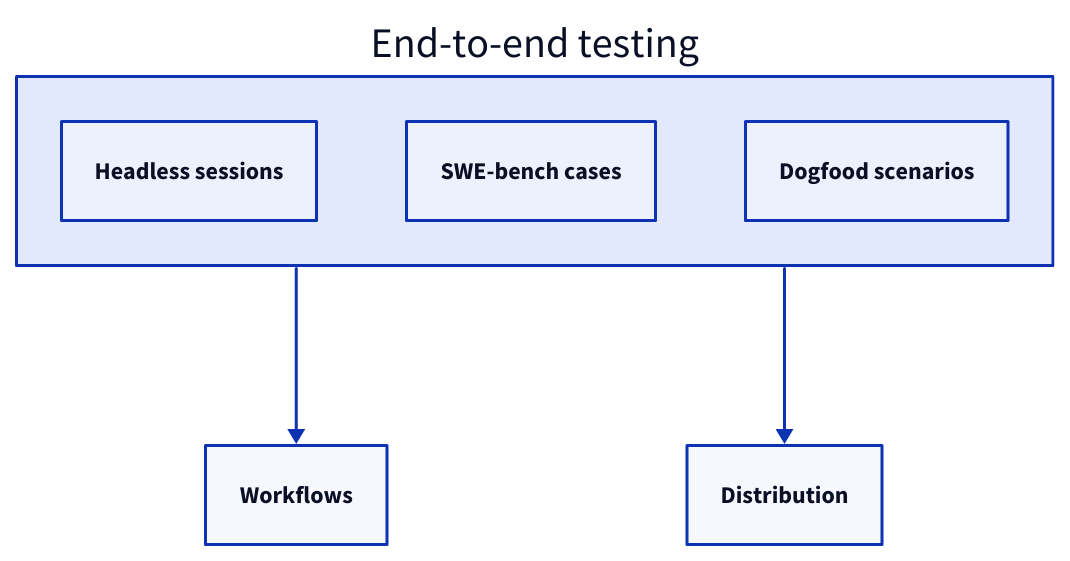
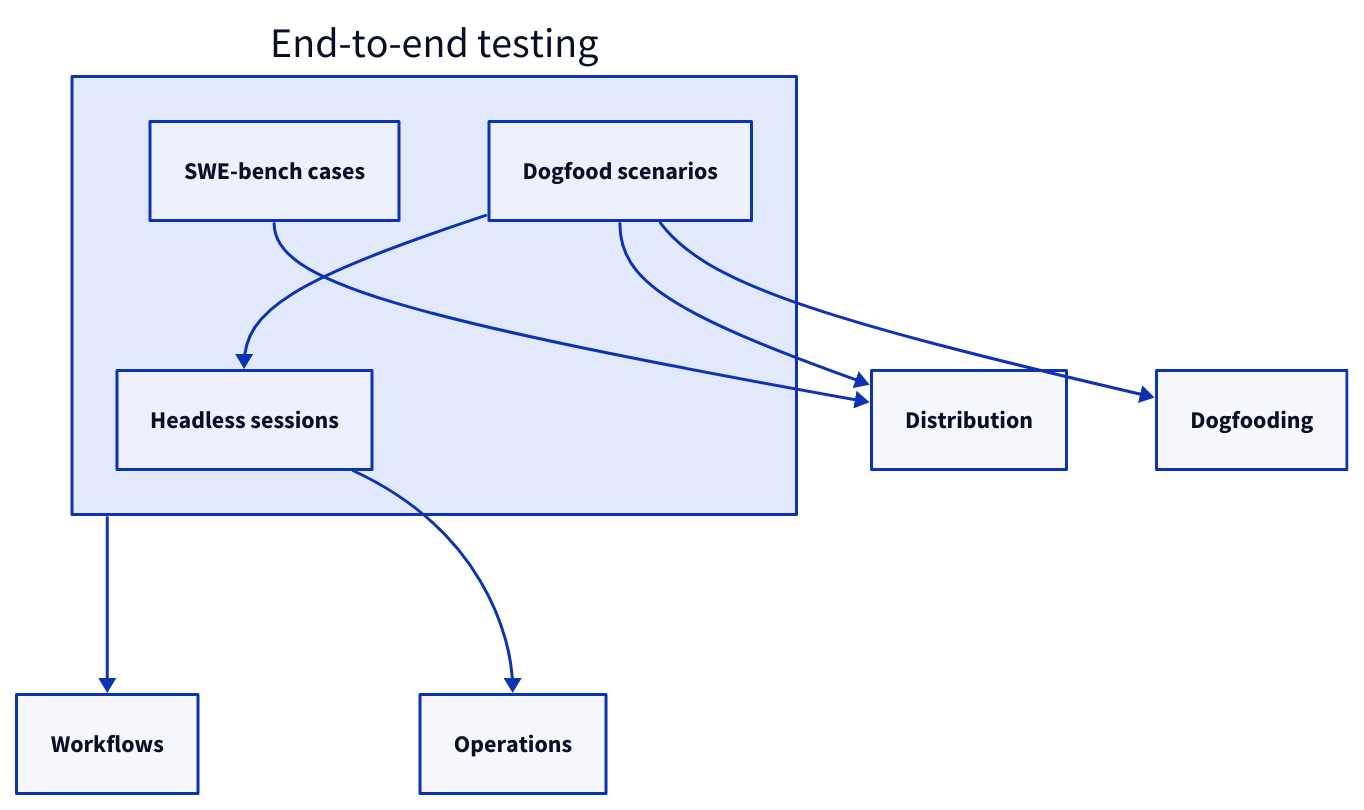
Before and after one commit to FTOD/concorde: the diagram in specs/concorde/e2e/module.md, drawn with D2. The commit also changed other lines of this file and 43 other files, not shown here.

````diff
--- a/specs/concorde/e2e/module.md
+++ b/specs/concorde/e2e/module.md
@@ -134,11 +128,17 @@
 ```d2
 e2e: End-to-end testing {
   sessions: Headless sessions
   cases: SWE-bench cases
   dogfood: Dogfood scenarios
+  dogfood -> sessions
 }
+operations: Operations
+distribution: Distribution
+dogfooding: Dogfooding
 workflows: Workflows
-distribution: Distribution
 e2e -> workflows
-e2e -> distribution
+e2e.sessions -> operations
+e2e.cases -> distribution
+e2e.dogfood -> distribution
+e2e.dogfood -> dogfooding
 ```
````
